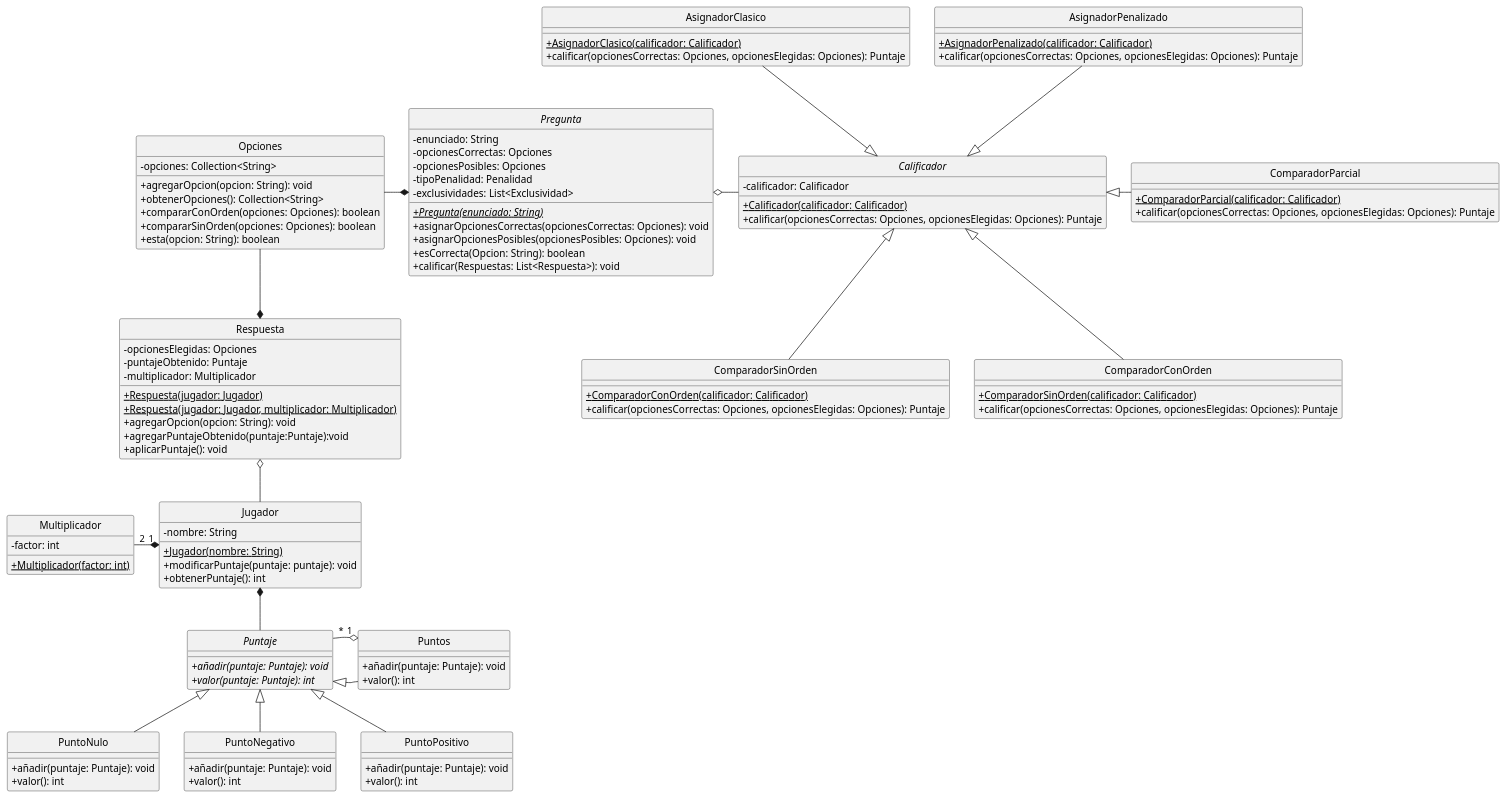
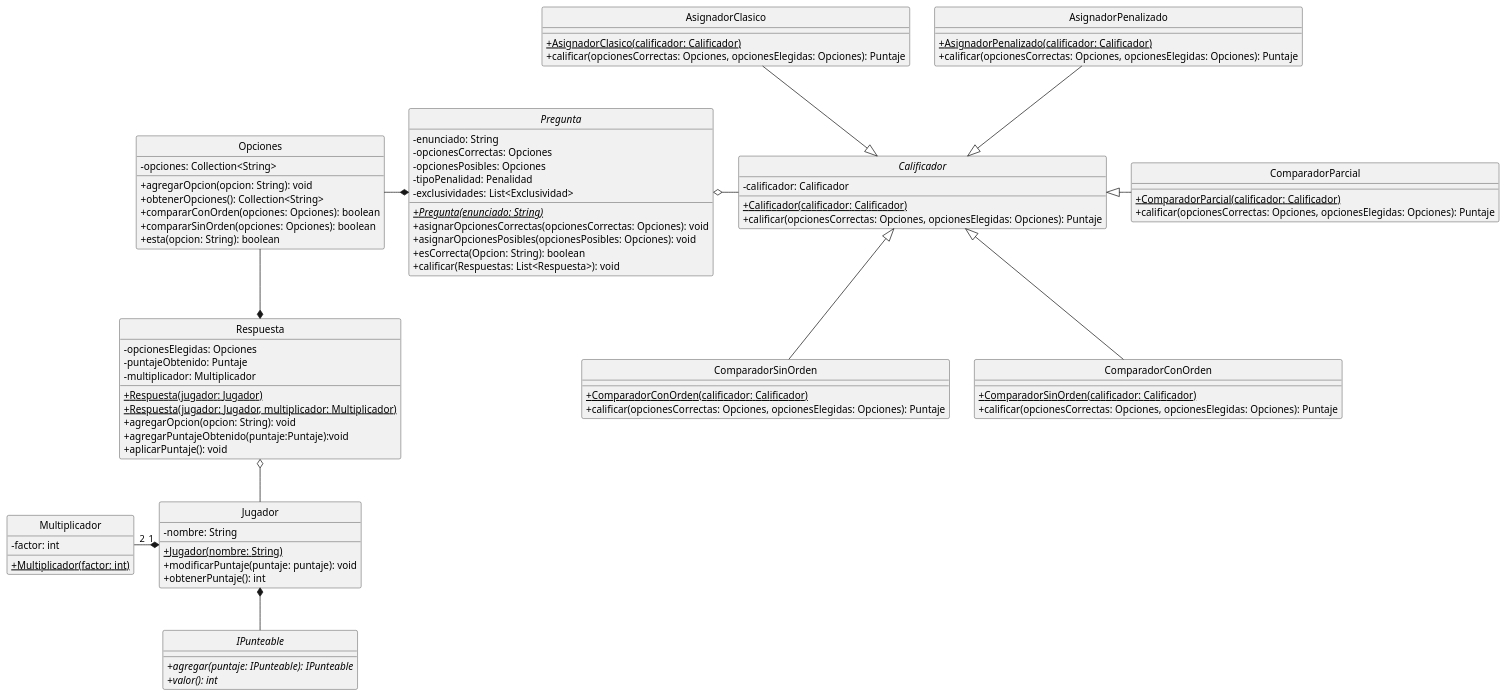
One commit to Alex1161/TP2 changed the diagram in src/main/java/edu/fiuba/algo3/modelo/Diagramas/puml/ModeloPosibleRefactorizacion.puml. Above: the diagram before and after it, drawn with PlantUML. The commit also changed 2 other files, not shown here.

Commit message:
Se agregan los cambios de la refactorizacion del Puntaje al diagrama

```diff
--- a/src/main/java/edu/fiuba/algo3/modelo/Diagramas/puml/ModeloPosibleRefactorizacion.puml
+++ b/src/main/java/edu/fiuba/algo3/modelo/Diagramas/puml/ModeloPosibleRefactorizacion.puml
@@ -1,128 +1,102 @@
 @startuml
 hide circle
 skinparam classAttributeIconSize 0
 
 'Clases
 Class Opciones{
     -opciones: Collection<String>
     +agregarOpcion(opcion: String): void
     +obtenerOpciones(): Collection<String>
     +compararConOrden(opciones: Opciones): boolean
     +compararSinOrden(opciones: Opciones): boolean
     +esta(opcion: String): boolean
 }
 
 Abstract Class Pregunta{
     -enunciado: String
     -opcionesCorrectas: Opciones
     -opcionesPosibles: Opciones
     -tipoPenalidad: Penalidad
     -exclusividades: List<Exclusividad>
     +{abstract}{static}Pregunta(enunciado: String)
     +asignarOpcionesCorrectas(opcionesCorrectas: Opciones): void
     +asignarOpcionesPosibles(opcionesPosibles: Opciones): void
     +esCorrecta(Opcion: String): boolean
     +calificar(Respuestas: List<Respuesta>): void
 }
 
 Class Respuesta{
     -opcionesElegidas: Opciones
     -puntajeObtenido: Puntaje
     -multiplicador: Multiplicador
     +{static}Respuesta(jugador: Jugador)
     +{static}Respuesta(jugador: Jugador, multiplicador: Multiplicador)
     +agregarOpcion(opcion: String): void
     +agregarPuntajeObtenido(puntaje:Puntaje):void
     +aplicarPuntaje(): void
 }
 
 Class Jugador{
     -nombre: String
     +{Static}Jugador(nombre: String)
     +modificarPuntaje(puntaje: puntaje): void
     +obtenerPuntaje(): int
 }
 
-Abstract Class Puntaje{
-    +{abstract}añadir(puntaje: Puntaje): void
-    +{abstract}valor(puntaje: Puntaje): int
-}
-
-Class Puntos{
-    +añadir(puntaje: Puntaje): void
-    +valor(): int
-}
-
-Class PuntoNulo{
-    +añadir(puntaje: Puntaje): void
-    +valor(): int
-}
-
-Class PuntoNegativo{
-    +añadir(puntaje: Puntaje): void
-    +valor(): int
-}
-
-Class PuntoPositivo{
-    +añadir(puntaje: Puntaje): void
-    +valor(): int
+Interface IPunteable{
+    +{abstract}agregar(puntaje: IPunteable): IPunteable
+    +{abstract}valor(): int
 }
 
 Abstract Calificador{
     -calificador: Calificador
     +{static}Calificador(calificador: Calificador)
     +calificar(opcionesCorrectas: Opciones, opcionesElegidas: Opciones): Puntaje
 }
 
 Class ComparadorSinOrden{
     +{static}ComparadorConOrden(calificador: Calificador)
     +calificar(opcionesCorrectas: Opciones, opcionesElegidas: Opciones): Puntaje
 }
 
 Class ComparadorConOrden{
     +{static}ComparadorSinOrden(calificador: Calificador)
     +calificar(opcionesCorrectas: Opciones, opcionesElegidas: Opciones): Puntaje
 }
 
 Class ComparadorParcial{
     +{static}ComparadorParcial(calificador: Calificador)
     +calificar(opcionesCorrectas: Opciones, opcionesElegidas: Opciones): Puntaje
 }
 
 Class AsignadorClasico{
     +{static}AsignadorClasico(calificador: Calificador)
     +calificar(opcionesCorrectas: Opciones, opcionesElegidas: Opciones): Puntaje
 }
 
 Class AsignadorPenalizado{
     +{static}AsignadorPenalizado(calificador: Calificador)
     +calificar(opcionesCorrectas: Opciones, opcionesElegidas: Opciones): Puntaje
 }
 
 Class Multiplicador{
     -factor: int
     +{static}Multiplicador(factor: int)
 }
 
 'Relaciones
 Respuesta o-- Jugador
 Pregunta *-left- Opciones
 Respuesta *-up- Opciones
 
-PuntoNegativo -up-|> Puntaje
-PuntoNulo -up-|> Puntaje
-PuntoPositivo -up-|> Puntaje
-Puntos -left-|> Puntaje
-Puntos "1" o-left- "*" Puntaje
-Jugador *-- Puntaje
+Jugador *-- IPunteable
 
 Pregunta o-right- Calificador
 ComparadorConOrden -up-|> Calificador
 ComparadorSinOrden -up-|> Calificador
 ComparadorParcial -left-|> Calificador
 AsignadorClasico --|> Calificador
 AsignadorPenalizado --|> Calificador
 
 Jugador "1" *-left- "2" Multiplicador
-
 @enduml
```
